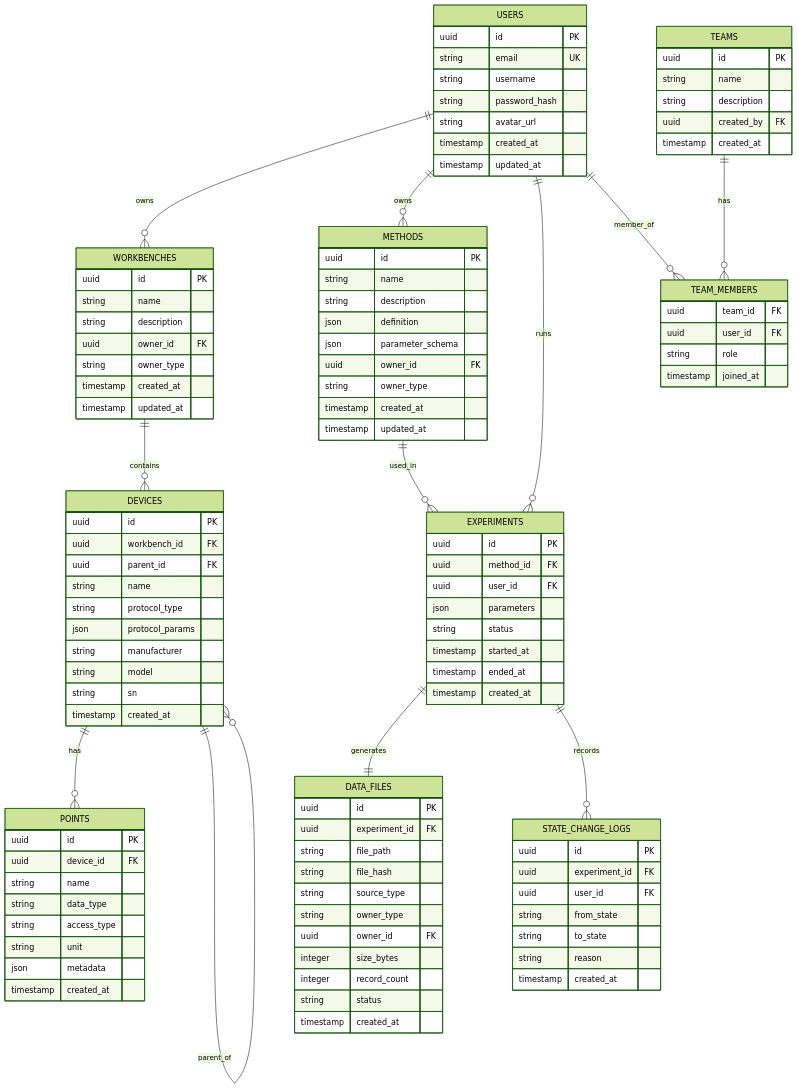
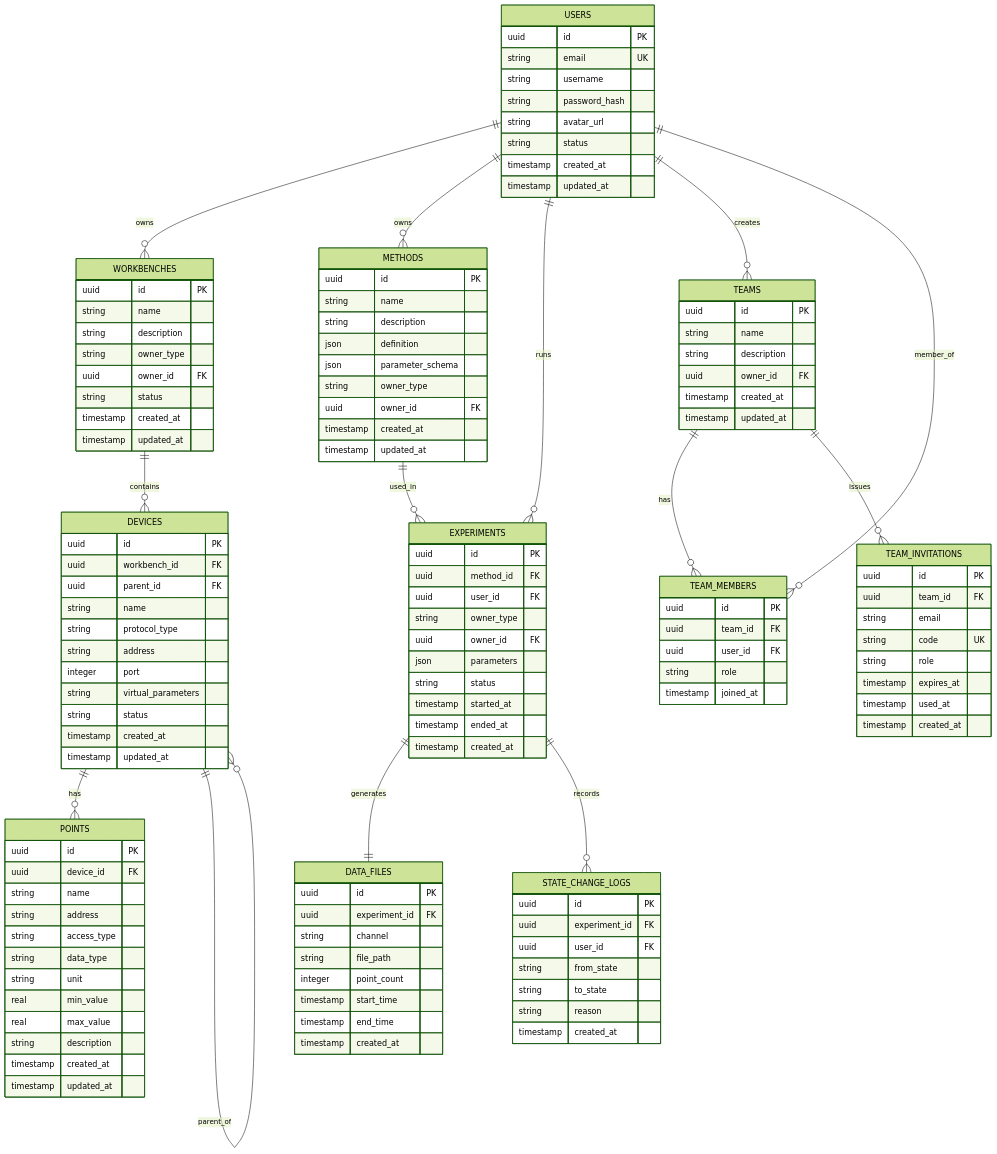
The eighth of 8 diagrams in arch.md (hoolheart/kayak), drawn with Mermaid (forest theme) before and after one commit. The commit also changed other lines of this file, not shown here.

````diff
--- a/arch.md
+++ b/arch.md
@@ -677,6 +891,7 @@
     USERS ||--o{ WORKBENCHES : owns
     USERS ||--o{ METHODS : owns
     USERS ||--o{ EXPERIMENTS : runs
+    USERS ||--o{ TEAMS : creates
     
     WORKBENCHES ||--o{ DEVICES : contains
     DEVICES ||--o{ POINTS : has
@@ -687,6 +902,7 @@
     EXPERIMENTS ||--o{ STATE_CHANGE_LOGS : records
     
     TEAMS ||--o{ TEAM_MEMBERS : has
+    TEAMS ||--o{ TEAM_INVITATIONS : issues
     USERS ||--o{ TEAM_MEMBERS : member_of
     
     USERS {
@@ -695,6 +911,7 @@
         string username
         string password_hash
         string avatar_url
+        string status
         timestamp created_at
         timestamp updated_at
     }
@@ -703,23 +920,37 @@
         uuid id PK
         string name
         string description
-        uuid created_by FK
+        uuid owner_id FK
         timestamp created_at
+        timestamp updated_at
     }
     
     TEAM_MEMBERS {
+        uuid id PK
         uuid team_id FK
         uuid user_id FK
         string role
         timestamp joined_at
     }
     
+    TEAM_INVITATIONS {
+        uuid id PK
+        uuid team_id FK
+        string email
+        string code UK
+        string role
+        timestamp expires_at
+        timestamp used_at
+        timestamp created_at
+    }
+    
     WORKBENCHES {
         uuid id PK
         string name
         string description
+        string owner_type
         uuid owner_id FK
-        string owner_type
+        string status
         timestamp created_at
         timestamp updated_at
     }
@@ -730,22 +961,27 @@
         uuid parent_id FK
         string name
         string protocol_type
-        json protocol_params
-        string manufacturer
-        string model
-        string sn
+        string address
+        integer port
+        string virtual_parameters
+        string status
         timestamp created_at
+        timestamp updated_at
     }
     
     POINTS {
         uuid id PK
         uuid device_id FK
         string name
+        string address
+        string access_type
         string data_type
-        string access_type
         string unit
-        json metadata
+        real min_value
+        real max_value
+        string description
         timestamp created_at
+        timestamp updated_at
     }
     
     METHODS {
@@ -754,8 +990,8 @@
         string description
         json definition
         json parameter_schema
+        string owner_type
         uuid owner_id FK
-        string owner_type
         timestamp created_at
         timestamp updated_at
     }
@@ -764,6 +1000,8 @@
         uuid id PK
         uuid method_id FK
         uuid user_id FK
+        string owner_type
+        uuid owner_id FK
         json parameters
         string status
         timestamp started_at
@@ -784,14 +1022,11 @@
     DATA_FILES {
         uuid id PK
         uuid experiment_id FK
+        string channel
         string file_path
-        string file_hash
-        string source_type
-        string owner_type
-        uuid owner_id FK
-        integer size_bytes
-        integer record_count
-        string status
+        integer point_count
+        timestamp start_time
+        timestamp end_time
         timestamp created_at
     }
 ```
````
